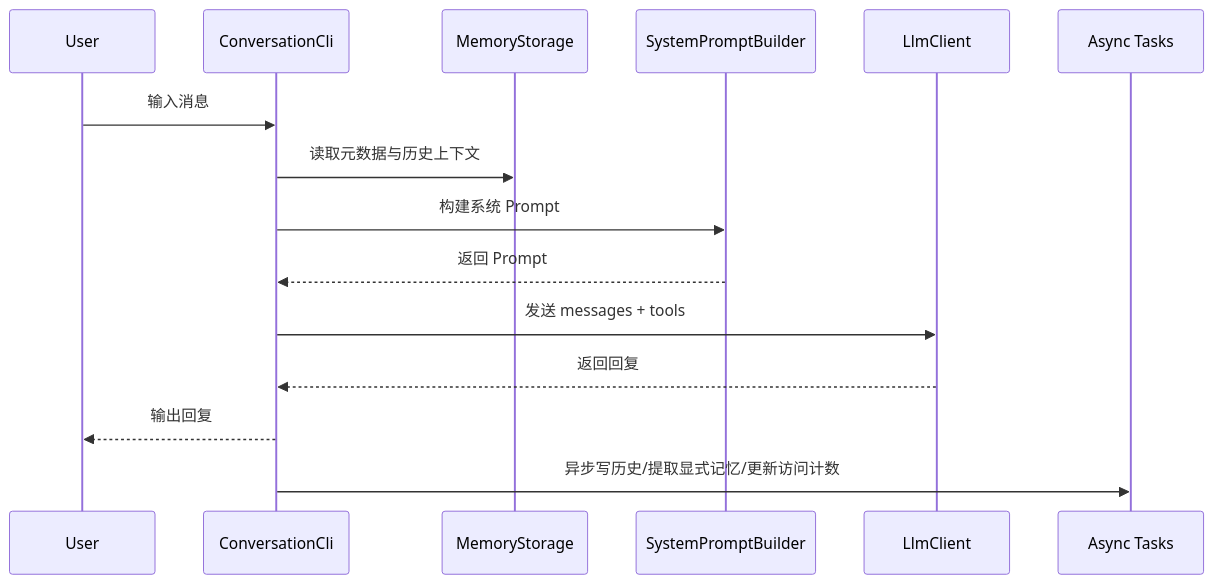
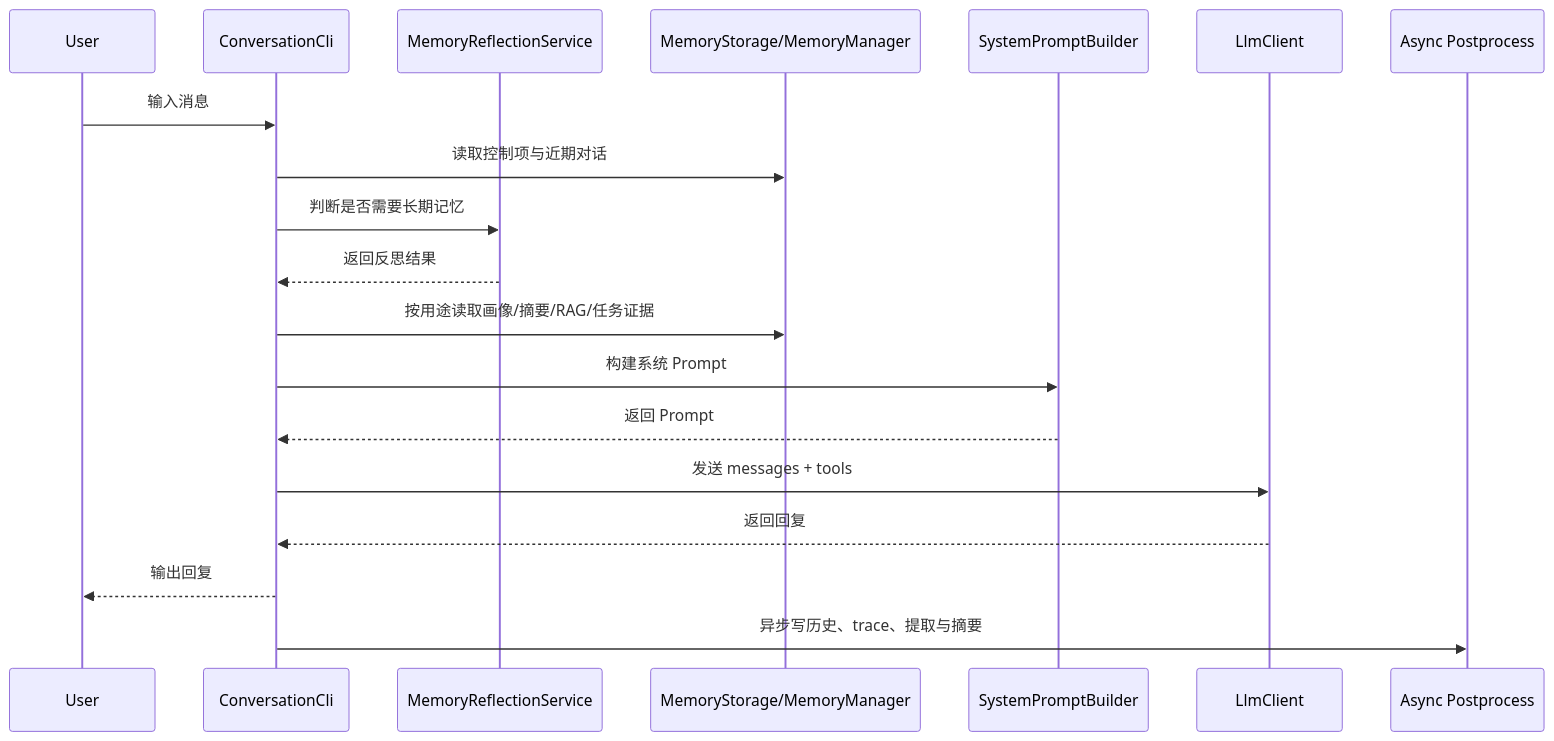
The third of 9 diagrams in 毕设文档/毕业论文初稿.md (leochame/memory-system), drawn with Mermaid before and after one commit. The commit also changed other lines of this file and 23 other files, not shown here.

````diff
--- a/毕设文档/毕业论文初稿.md
+++ b/毕设文档/毕业论文初稿.md
@@ -239,18 +250,22 @@
 ```mermaid
 sequenceDiagram
     participant U as User
     participant C as ConversationCli
-    participant S as MemoryStorage
+    participant R as MemoryReflectionService
+    participant S as MemoryStorage/MemoryManager
     participant P as SystemPromptBuilder
     participant L as LlmClient
-    participant A as Async Tasks
+    participant A as Async Postprocess
 
     U->>C: 输入消息
-    C->>S: 读取元数据与历史上下文
+    C->>S: 读取控制项与近期对话
+    C->>R: 判断是否需要长期记忆
+    R-->>C: 返回反思结果
+    C->>S: 按用途读取画像/摘要/RAG/任务证据
     C->>P: 构建系统 Prompt
     P-->>C: 返回 Prompt
     C->>L: 发送 messages + tools
     L-->>C: 返回回复
     C-->>U: 输出回复
-    C->>A: 异步写历史/提取显式记忆/更新访问计数
+    C->>A: 异步写历史、trace、提取与摘要
 ```
````
